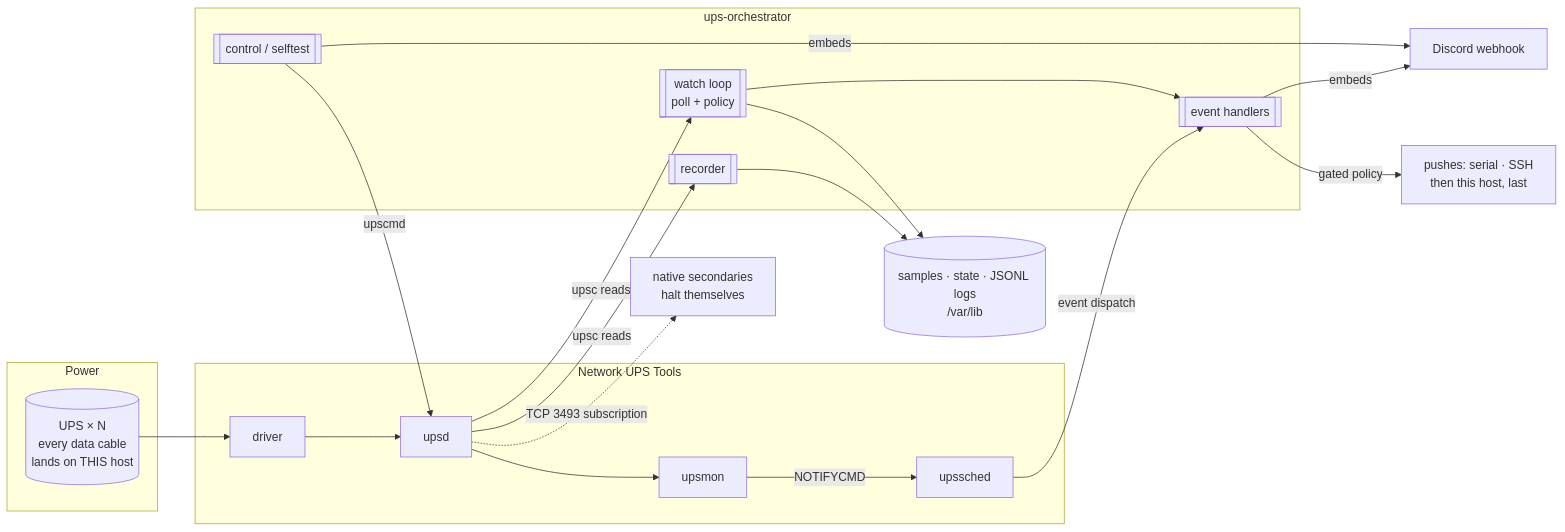
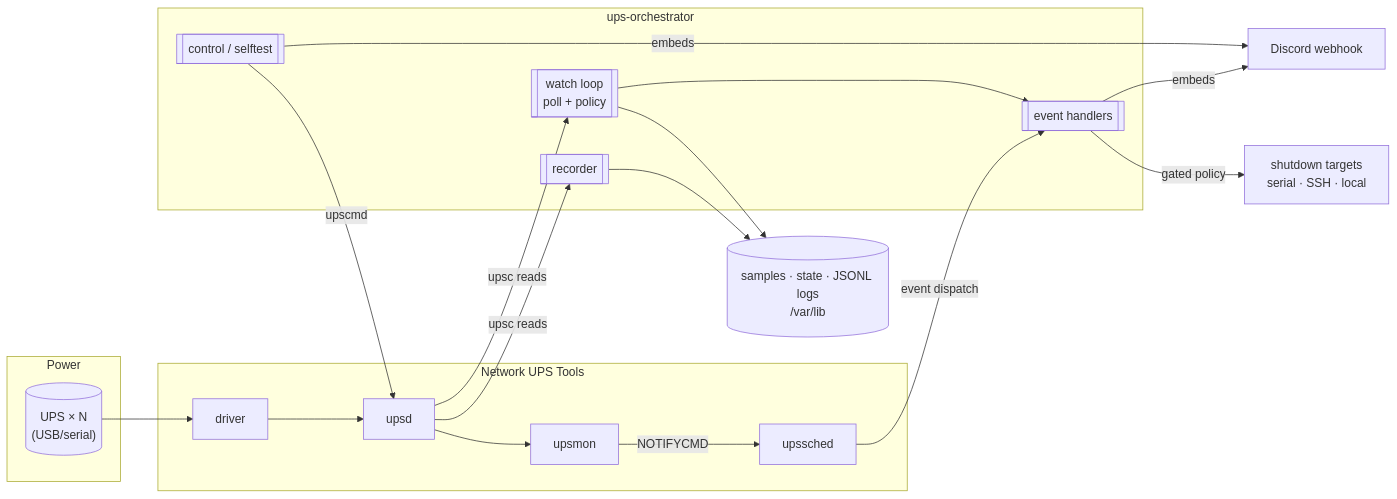
Before and after one commit to kleinpanic/ups-orchestrator: the first of 3 diagrams in README.md, drawn with Mermaid. The commit also changed other lines of this file and 4 other files, not shown here.

````diff
--- a/README.md
+++ b/README.md
@@ -128,29 +36,28 @@
 ```mermaid
 flowchart LR
   subgraph HW["Power"]
-    UPS[("UPS × N<br/>every data cable<br/>lands on THIS host")]
+    UPS[("UPS × N<br/>(USB/serial)")]
   end
   subgraph NUT["Network UPS Tools"]
     DRV[driver] --> UPSD[upsd]
     UPSD --> UPSMON[upsmon]
     UPSMON -->|NOTIFYCMD| SCHED[upssched]
   end
   subgraph ORCH["ups-orchestrator"]
     WATCH[["watch loop<br/>poll + policy"]]
     EVENTS[[event handlers]]
     REC[[recorder]]
     CTL[[control / selftest]]
   end
   UPS --> DRV
   UPSD -->|upsc reads| WATCH
   UPSD -->|upsc reads| REC
   SCHED -->|event dispatch| EVENTS
   CTL -->|upscmd| UPSD
   WATCH --> EVENTS
   EVENTS -->|embeds| DISCORD["Discord webhook"]
   CTL -->|embeds| DISCORD
-  EVENTS -->|gated policy| SHUT["pushes: serial · SSH<br/>then this host, last"]
-  UPSD -.->|"TCP 3493 subscription"| NATIVE["native secondaries<br/>halt themselves"]
+  EVENTS -->|gated policy| SHUT["shutdown targets<br/>serial · SSH · local"]
   REC --> STORE[("samples · state · JSONL logs<br/>/var/lib")]
   WATCH --> STORE
 ```
````
